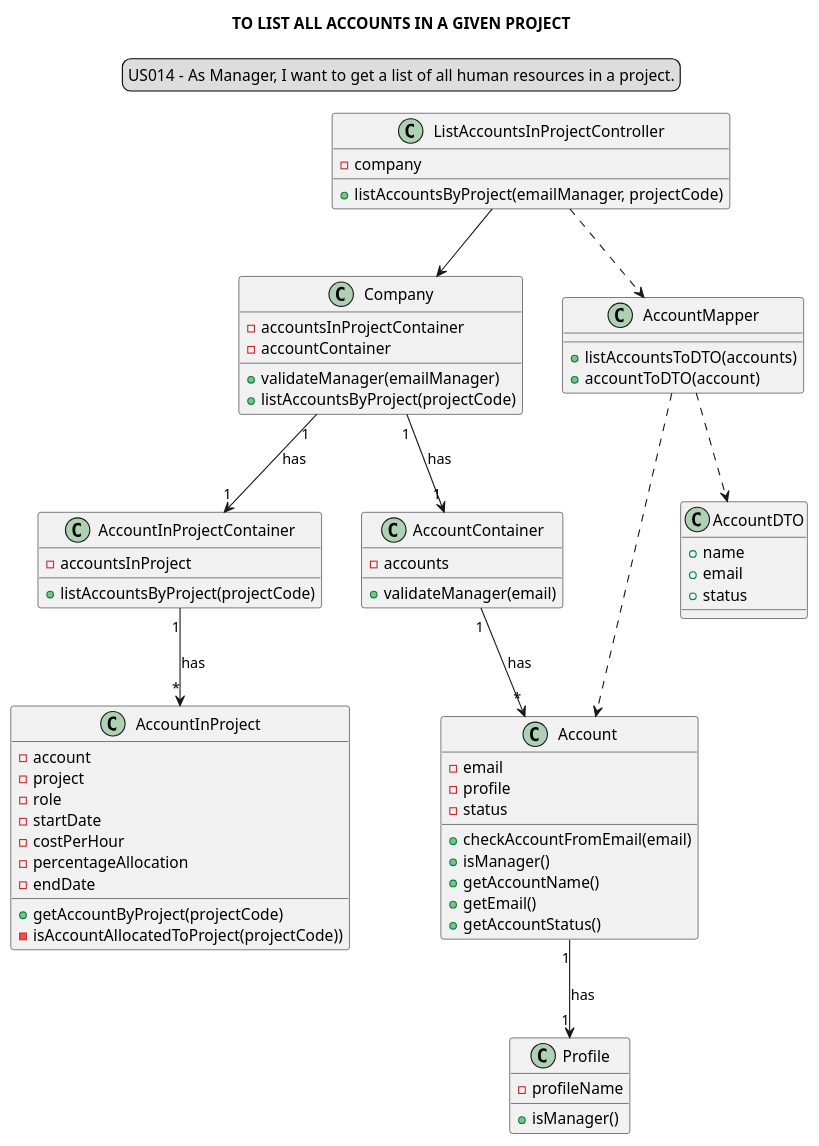
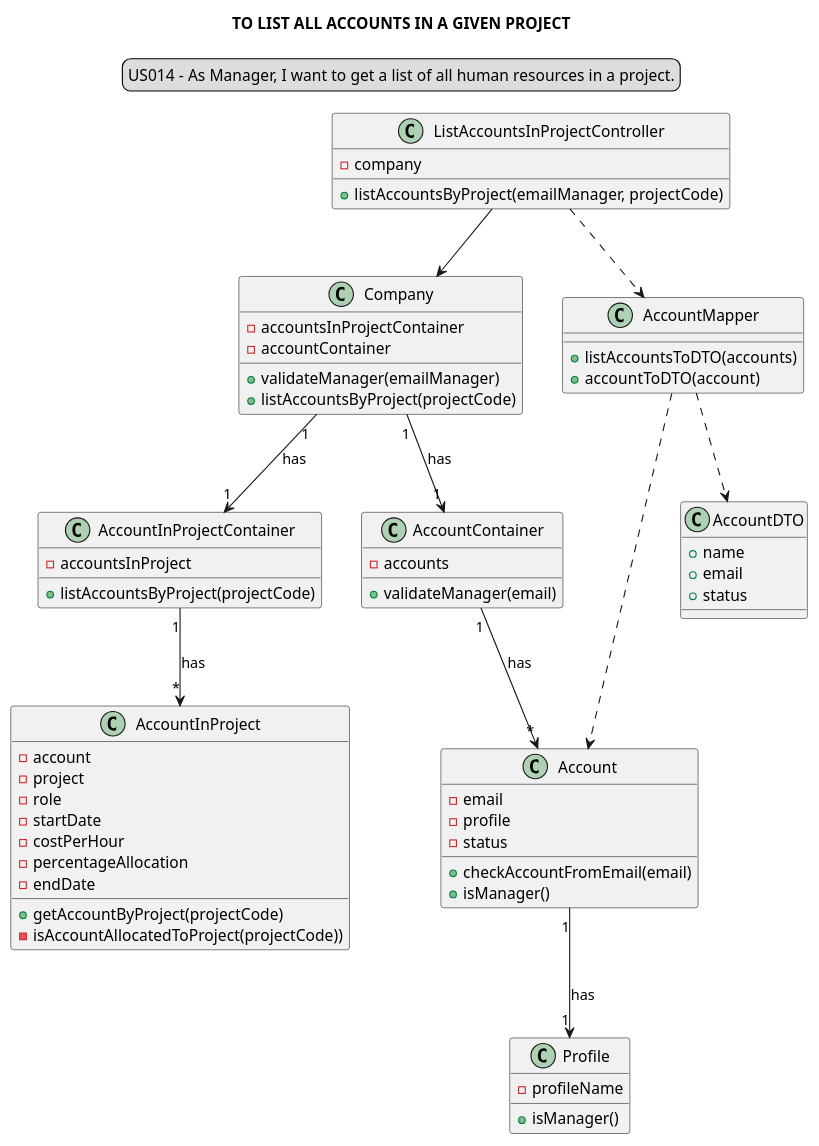
The diagram in docs/modelling_design/user_stories/sprint02/us014/US014_classDiagram.puml (Loracline/project_switch_22-23), drawn with PlantUML before and after one commit.

Commit message:
US 014 : Design  : refinement of class Diagram

```diff
--- a/docs/modelling_design/user_stories/sprint02/us014/US014_classDiagram.puml
+++ b/docs/modelling_design/user_stories/sprint02/us014/US014_classDiagram.puml
@@ -1,77 +1,74 @@
 @startuml
 skinparam sequenceMessageAlign center
 title TO LIST ALL ACCOUNTS IN A GIVEN PROJECT
 legend top
 US014 - As Manager, I want to get a list of all human resources in a project.
 end legend
 class "ListAccountsInProjectController" {
 -company
 +listAccountsByProject(emailManager, projectCode)
 }
 
 class "Company"{
 -accountsInProjectContainer
 -accountContainer
 +validateManager(emailManager)
 +listAccountsByProject(projectCode)
 }
 
 class "AccountInProjectContainer"{
 -accountsInProject
 +listAccountsByProject(projectCode)
 }
 
 class "AccountInProject"{
 -account
 -project
 -role
 -startDate
 -costPerHour
 -percentageAllocation
 -endDate
 +getAccountByProject(projectCode)
 -isAccountAllocatedToProject(projectCode))
 }
 
 class "AccountContainer" {
 -accounts
 +validateManager(email)
 }
 
 class "Account" {
 -email
 -profile
 -status
 +checkAccountFromEmail(email)
 +isManager()
-+getAccountName()
-+getEmail()
-+getAccountStatus()
 }
 
 class "Profile"{
 -profileName
 +isManager()
 }
 
 class "AccountMapper"{
 +listAccountsToDTO(accounts)
 +accountToDTO(account)
 }
 
 class "AccountDTO"{
 +name
 +email
 +status
 }
 
 "ListAccountsInProjectController" --> "Company"
 "ListAccountsInProjectController" ..> "AccountMapper"
 "Company" "1"-->"1" "AccountInProjectContainer": has
 "Company" "1" --> "1" "AccountContainer": has
 "AccountContainer" "1" --> "*" "Account": has
 "Account" "1" --> "1""Profile": has
 "AccountMapper" ..> "AccountDTO"
 "AccountInProjectContainer" "1" --> "*" "AccountInProject": has
 "AccountMapper"..>"Account"
 @enduml
```
